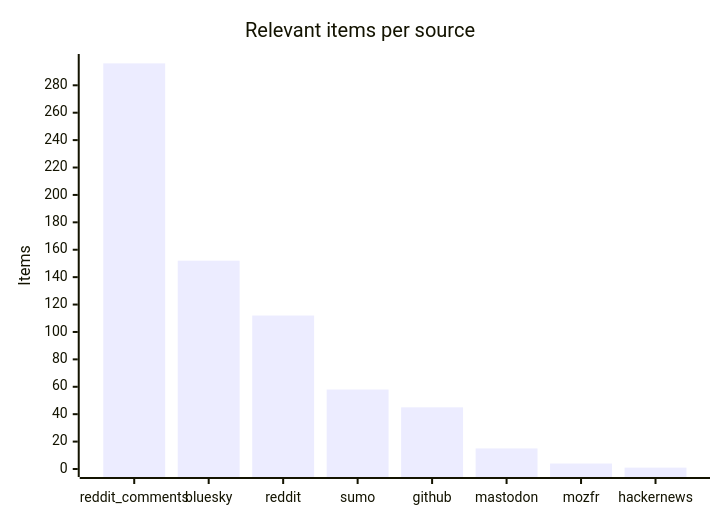
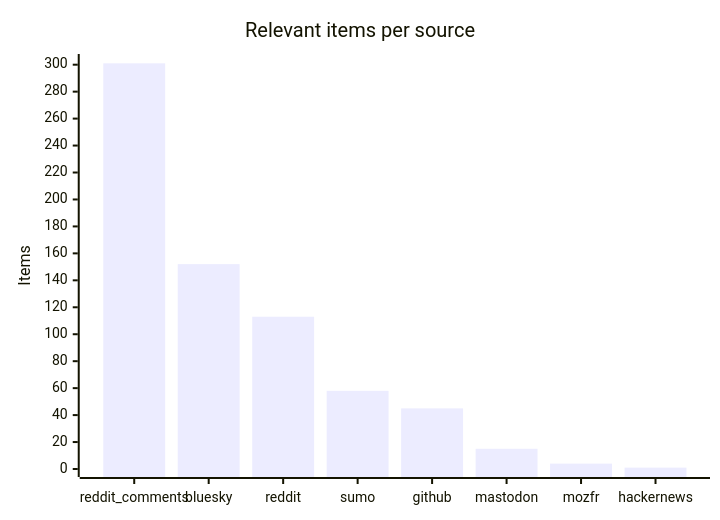
Before and after one commit to martinbalfanz/social-scanner-reports: the third of 4 diagrams in README.md, drawn with Mermaid. The commit also changed other lines of this file and 4 other files, not shown here.

````diff
--- a/README.md
+++ b/README.md
@@ -48,7 +48,7 @@
 ```mermaid
 xychart-beta
     title "Relevant items per source"
     x-axis ["reddit_comments", "bluesky", "reddit", "sumo", "github", "mastodon", "mozfr", "hackernews"]
-    y-axis "Items" 0 --> 297
-    bar [296, 152, 112, 58, 45, 15, 4, 1]
+    y-axis "Items" 0 --> 302
+    bar [301, 152, 113, 58, 45, 15, 4, 1]
 ```
````
